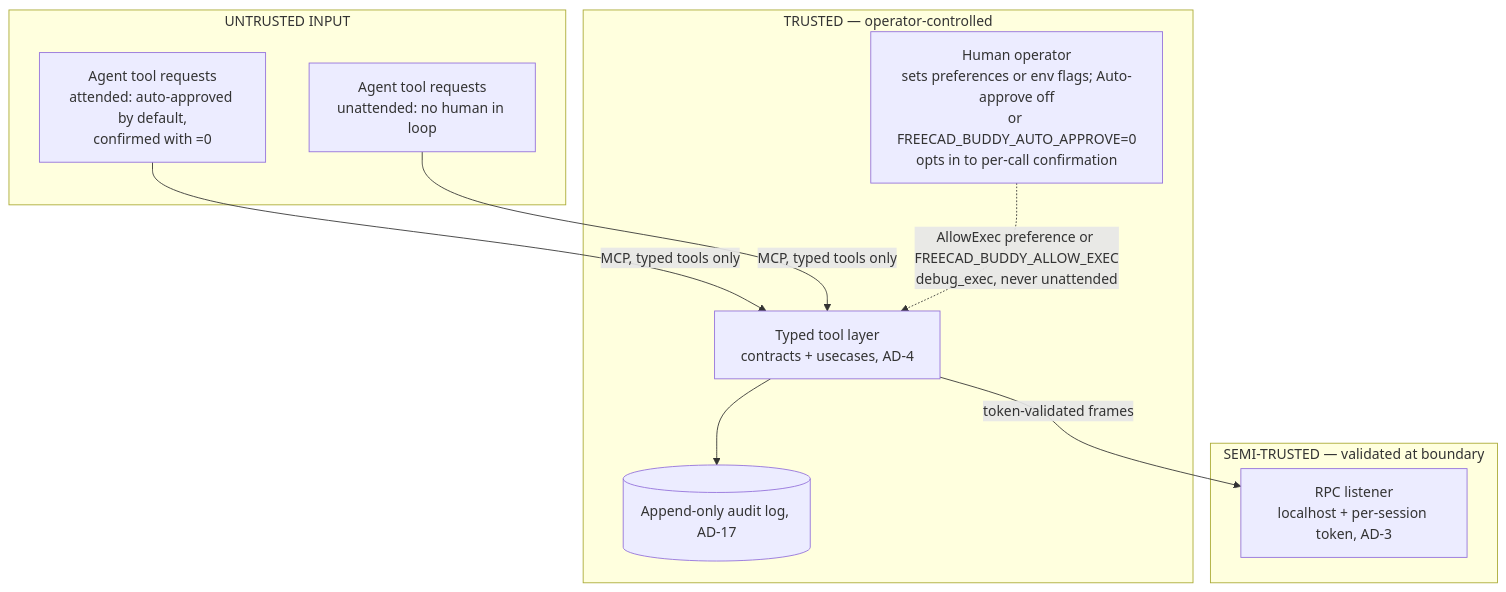
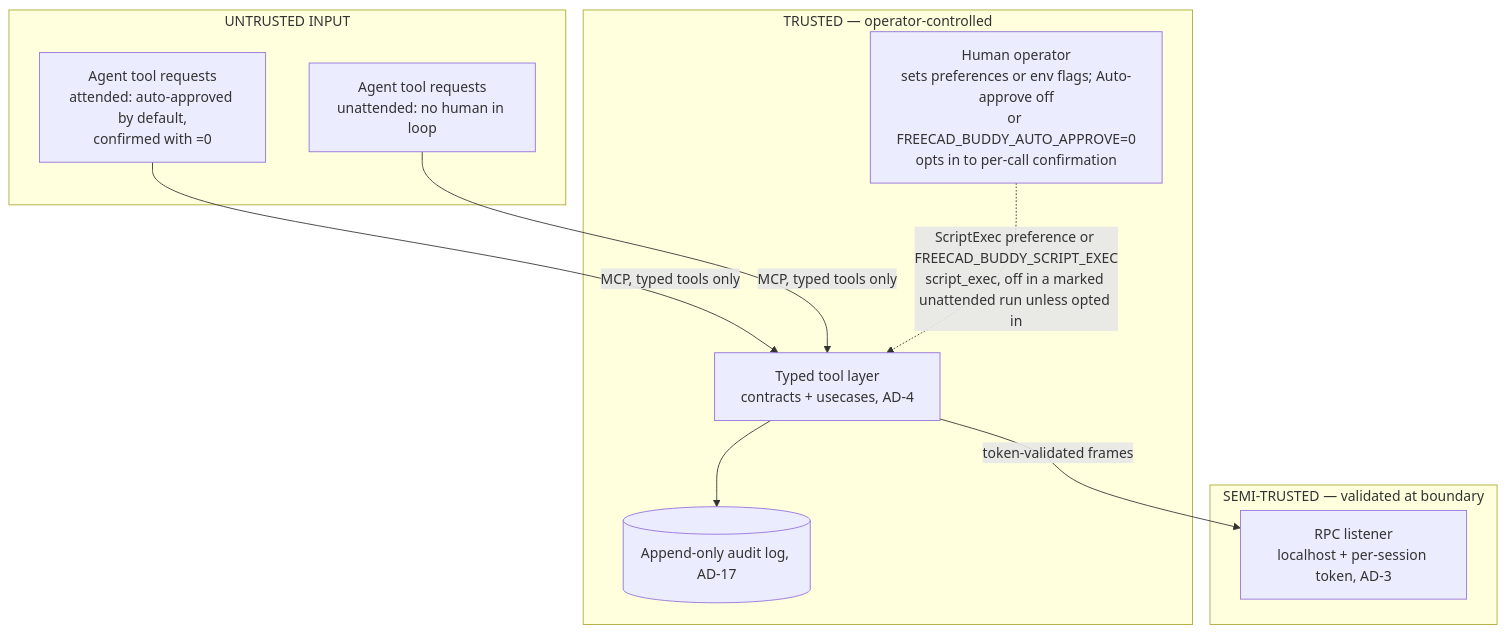
One commit to robotics-playground/freecad-buddy changed the diagram in _bmad-output/planning-artifacts/architecture/architecture-freecad-buddy-2026-07-21/design/security-and-service-design.md. Above: the diagram before and after it, drawn with Mermaid. The commit also changed other lines of this file and 12 other files, not shown here.

First line of the commit message:
docs(architecture): make script_exec an official tool, on by default

````diff
--- a/_bmad-output/planning-artifacts/architecture/architecture-freecad-buddy-2026-07-21/design/security-and-service-design.md
+++ b/_bmad-output/planning-artifacts/architecture/architecture-freecad-buddy-2026-07-21/design/security-and-service-design.md
@@ -87,20 +91,20 @@
 ```mermaid
 graph TB
   subgraph trusted [TRUSTED — operator-controlled]
     op[Human operator<br/>sets preferences or env flags; Auto-approve off<br/>or FREECAD_BUDDY_AUTO_APPROVE=0<br/>opts in to per-call confirmation]
     typed[Typed tool layer<br/>contracts + usecases, AD-4]
     audit[(Append-only audit log, AD-17)]
   end
   subgraph semitrusted [SEMI-TRUSTED — validated at boundary]
     rpc[RPC listener<br/>localhost + per-session token, AD-3]
   end
   subgraph untrusted [UNTRUSTED INPUT]
     llm[Agent tool requests<br/>attended: auto-approved by default,<br/>confirmed with =0]
     unatt[Agent tool requests<br/>unattended: no human in loop]
   end
   llm -->|MCP, typed tools only| typed
   unatt -->|MCP, typed tools only| typed
   typed -->|token-validated frames| rpc
   typed --> audit
-  op -.->|AllowExec preference or FREECAD_BUDDY_ALLOW_EXEC<br/>debug_exec, never unattended| typed
+  op -.->|ScriptExec preference or FREECAD_BUDDY_SCRIPT_EXEC<br/>script_exec, off in a marked unattended run unless opted in| typed
 ```
````
